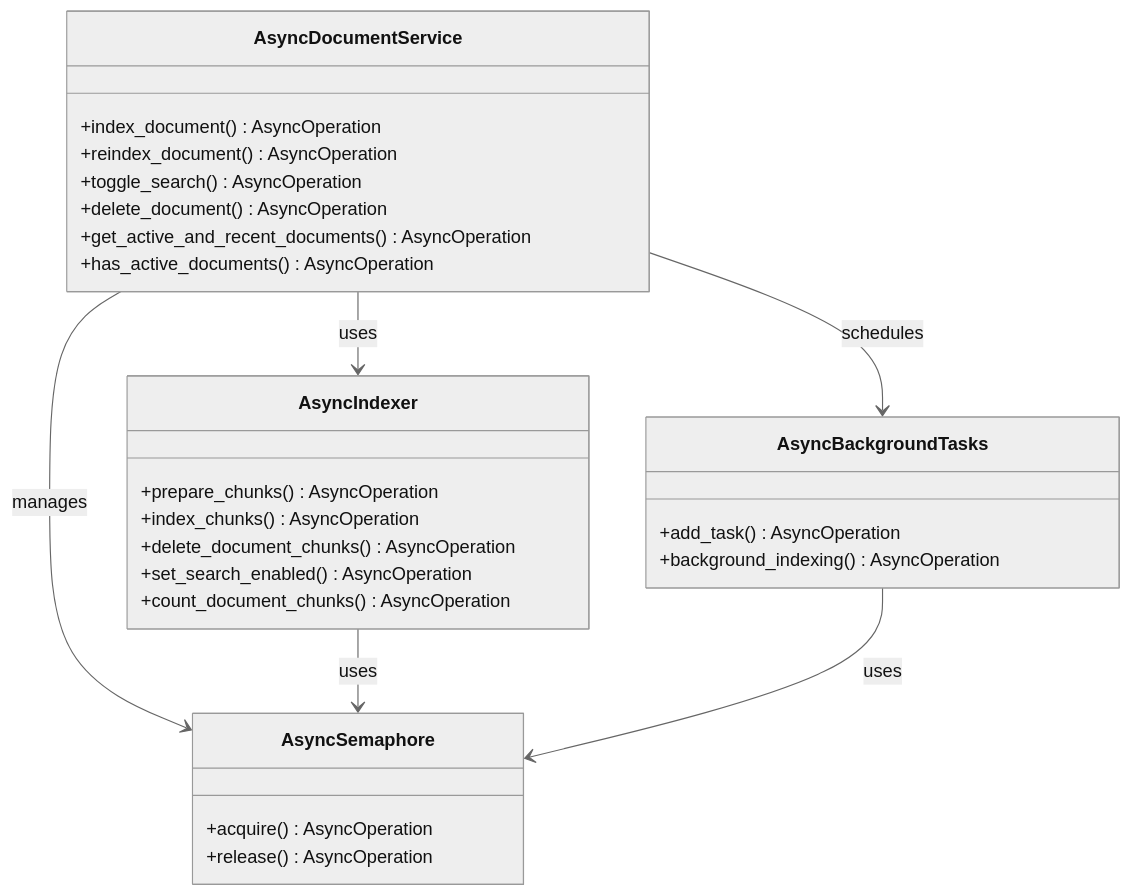
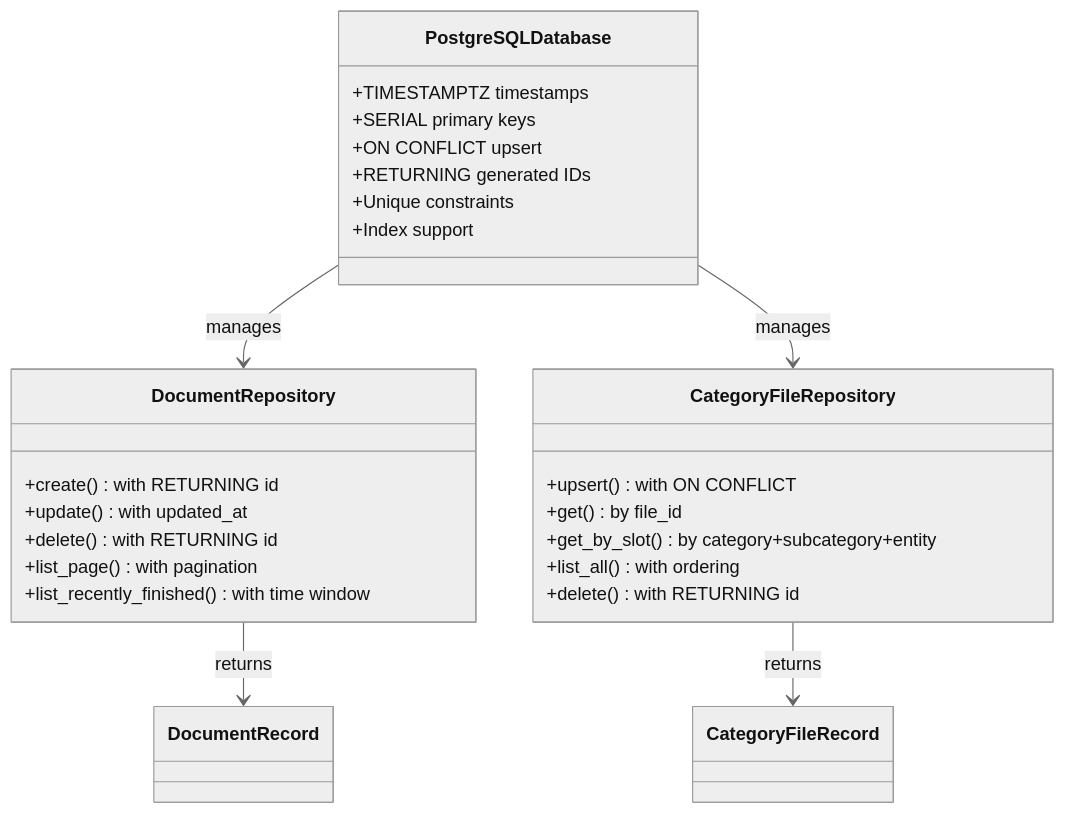
The third of 26 diagrams in .qoder/repowiki/en/content/Document Management System.md (ognelis/cafetera_hr_bot), drawn with Mermaid (neutral theme) before and after one commit. The commit also changed other lines of this file and 13 other files, not shown here.

````diff
--- a/.qoder/repowiki/en/content/Document Management System.md
+++ b/.qoder/repowiki/en/content/Document Management System.md
@@ -316,31 +339,29 @@
 ```mermaid
 classDiagram
-class AsyncDocumentService {
-+index_document() AsyncOperation
-+reindex_document() AsyncOperation
-+toggle_search() AsyncOperation
-+delete_document() AsyncOperation
-+get_active_and_recent_documents() AsyncOperation
-+has_active_documents() AsyncOperation
+class PostgreSQLDatabase {
++TIMESTAMPTZ timestamps
++SERIAL primary keys
++ON CONFLICT upsert
++RETURNING generated IDs
++Unique constraints
++Index support
 }
-class AsyncIndexer {
-+prepare_chunks() AsyncOperation
-+index_chunks() AsyncOperation
-+delete_document_chunks() AsyncOperation
-+set_search_enabled() AsyncOperation
-+count_document_chunks() AsyncOperation
+class DocumentRepository {
++create() with RETURNING id
++update() with updated_at
++delete() with RETURNING id
++list_page() with pagination
++list_recently_finished() with time window
 }
-class AsyncSemaphore {
-+acquire() AsyncOperation
-+release() AsyncOperation
+class CategoryFileRepository {
++upsert() with ON CONFLICT
++get() by file_id
++get_by_slot() by category+subcategory+entity
++list_all() with ordering
++delete() with RETURNING id
 }
-class AsyncBackgroundTasks {
-+add_task() AsyncOperation
-+background_indexing() AsyncOperation
-}
-AsyncDocumentService --> AsyncIndexer : uses
-AsyncDocumentService --> AsyncSemaphore : manages
-AsyncDocumentService --> AsyncBackgroundTasks : schedules
-AsyncIndexer --> AsyncSemaphore : uses
-AsyncBackgroundTasks --> AsyncSemaphore : uses
+PostgreSQLDatabase --> DocumentRepository : manages
+PostgreSQLDatabase --> CategoryFileRepository : manages
+DocumentRepository --> DocumentRecord : returns
+CategoryFileRepository --> CategoryFileRecord : returns
 ```
````
